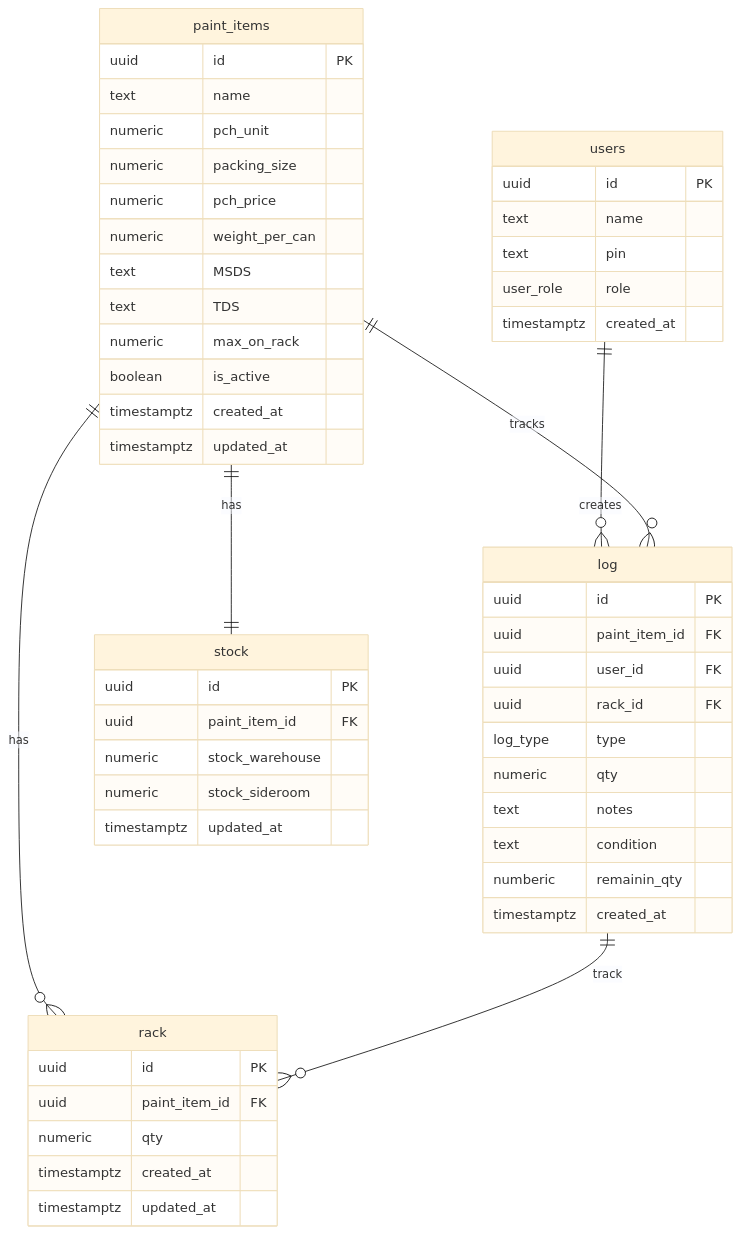
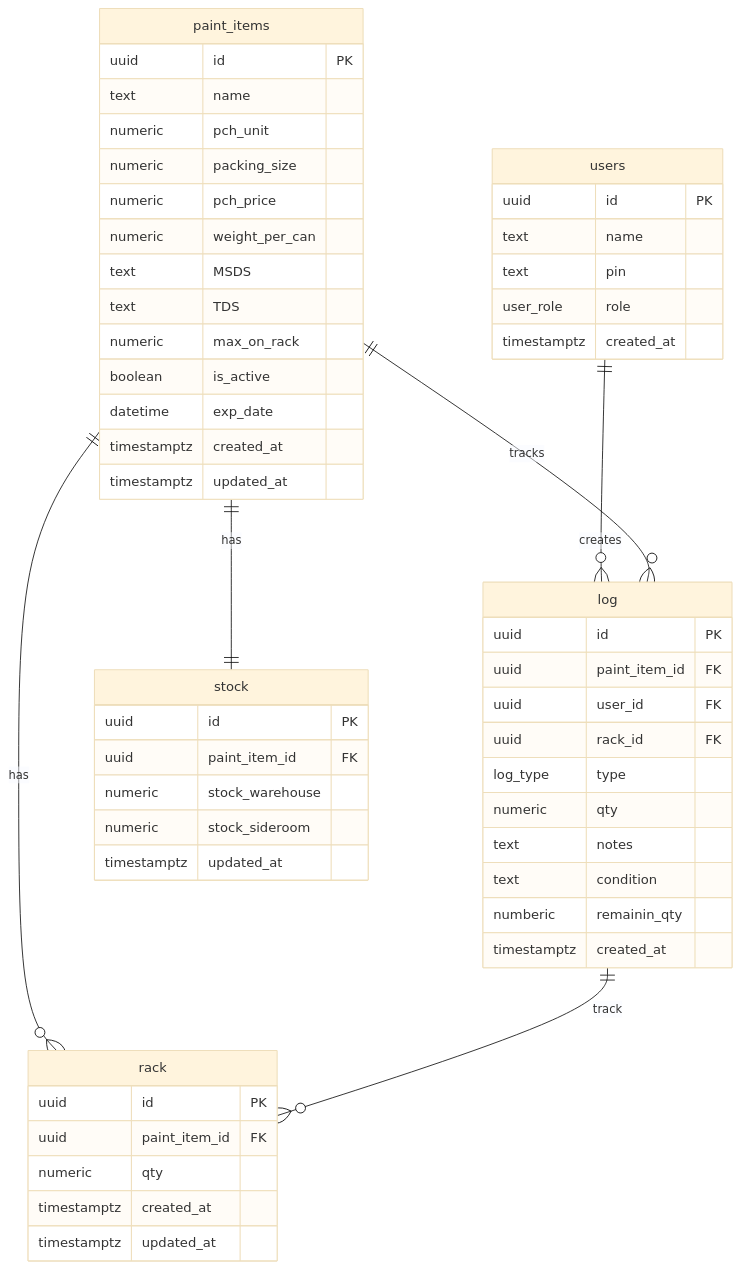
The diagram in docs/DATABASE.md (itsankeikid-dot/PaintManagementStock), drawn with Mermaid (base theme) before and after one commit.

````diff
--- a/docs/DATABASE.md
+++ b/docs/DATABASE.md
@@ -9,60 +9,61 @@
 ```mermaid
 erDiagram
     users ||--o{ log : creates
     paint_items ||--|| stock : has
     paint_items ||--o{ log : tracks
     paint_items ||--o{ rack : has
     log ||--o{ rack : track
 
     users {
         uuid id PK
         text name
         text pin
         user_role role
         timestamptz created_at
     }
 
     paint_items {
         uuid id PK
         text name
         numeric pch_unit
         numeric packing_size
         numeric pch_price
         numeric weight_per_can
         text MSDS
         text TDS
         numeric max_on_rack
         boolean is_active
+        datetime exp_date
         timestamptz created_at
         timestamptz updated_at
     }
 
     stock {
         uuid id PK
         uuid paint_item_id FK
         numeric stock_warehouse
         numeric stock_sideroom
         timestamptz updated_at
     }
 
     log {
         uuid id PK
         uuid paint_item_id FK
         uuid user_id FK
         uuid rack_id FK
         log_type type
         numeric qty
         text notes
         text condition
         numberic remainin_qty
         timestamptz created_at
     }
 
     rack {
         uuid id PK
         uuid paint_item_id FK
         numeric qty
         timestamptz created_at
         timestamptz updated_at
     }
 ```
````
